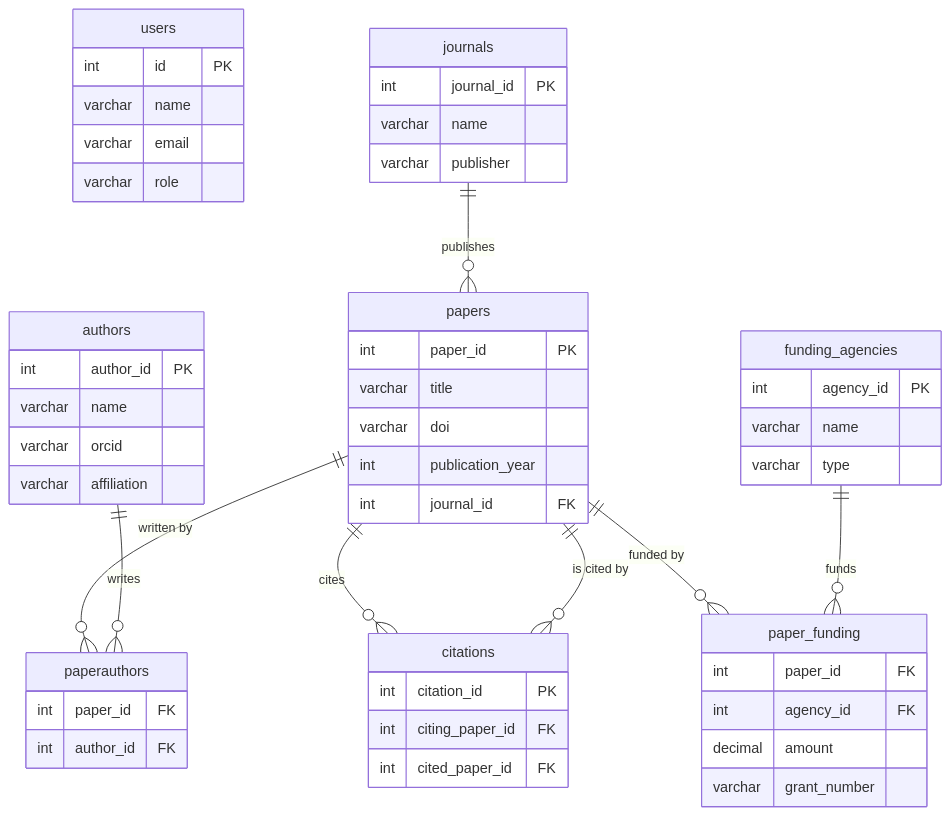
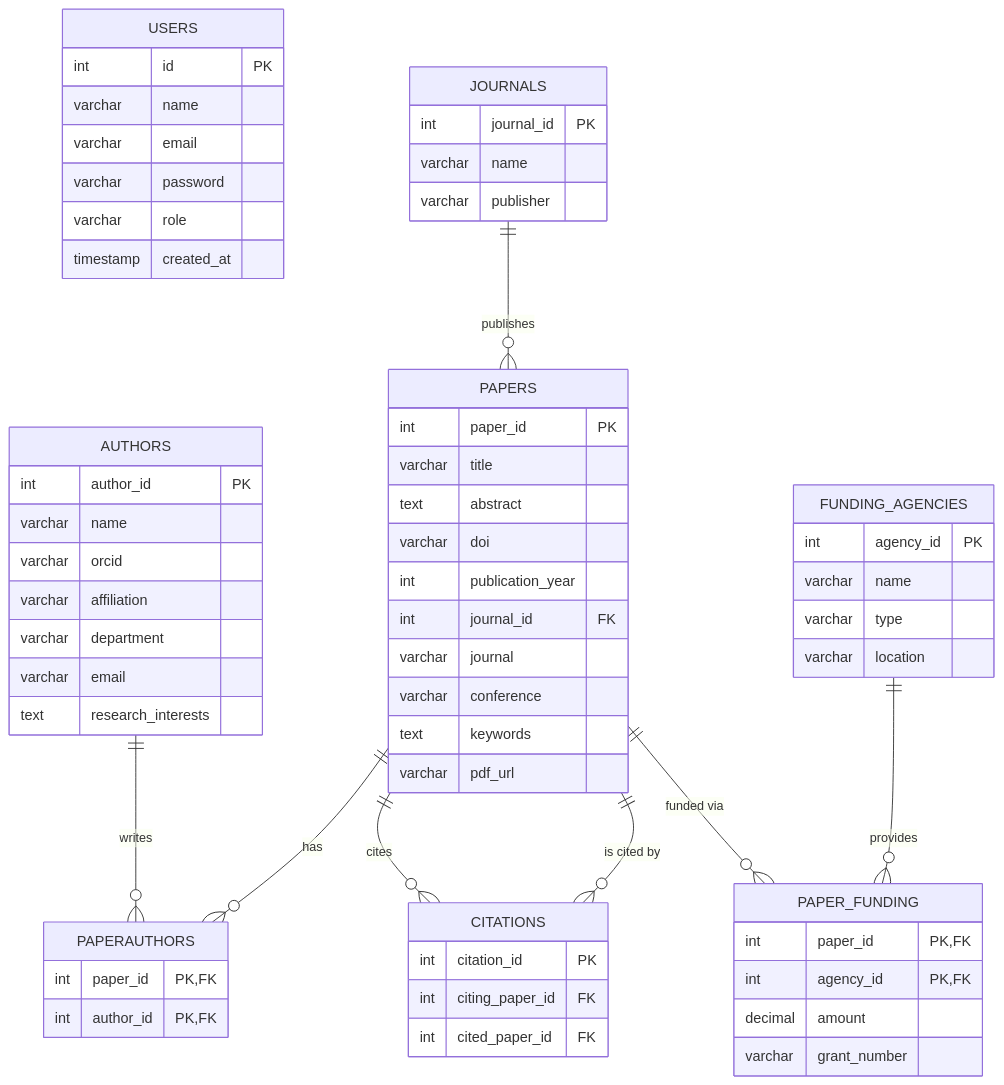
One commit to MRupam202005/Research-Publication-Management-System changed the diagram in README.md. Above: the diagram before and after it, drawn with Mermaid.

````diff
--- a/README.md
+++ b/README.md
@@ -133,62 +132,77 @@
 ```mermaid
 erDiagram
-    users {
+    USERS {
         int id PK
         varchar name
         varchar email
+        varchar password
         varchar role
+        timestamp created_at
     }
-    
-    journals {
+
+    AUTHORS {
+        int author_id PK
+        varchar name
+        varchar orcid
+        varchar affiliation
+        varchar department
+        varchar email
+        text research_interests
+    }
+
+    JOURNALS {
         int journal_id PK
         varchar name
         varchar publisher
     }
 
-    papers {
+    PAPERS {
         int paper_id PK
         varchar title
+        text abstract
         varchar doi
         int publication_year
         int journal_id FK
+        varchar journal
+        varchar conference
+        text keywords
+        varchar pdf_url
     }
 
-    authors {
-        int author_id PK
-        varchar name
-        varchar orcid
-        varchar affiliation
+    PAPERAUTHORS {
+        int paper_id PK,FK
+        int author_id PK,FK
     }
 
-    paperauthors {
-        int paper_id FK
-        int author_id FK
-    }
-
-    citations {
+    CITATIONS {
         int citation_id PK
         int citing_paper_id FK
         int cited_paper_id FK
     }
 
-    funding_agencies {
+    FUNDING_AGENCIES {
         int agency_id PK
         varchar name
         varchar type
+        varchar location
     }
 
-    paper_funding {
-        int paper_id FK
-        int agency_id FK
+    PAPER_FUNDING {
+        int paper_id PK,FK
+        int agency_id PK,FK
         decimal amount
         varchar grant_number
     }
 
-    journals ||--o{ papers : "publishes"
-    papers ||--o{ paperauthors : "written by"
-    authors ||--o{ paperauthors : "writes"
-    papers ||--o{ citations : "cites"
-    papers ||--o{ citations : "is cited by"
-    papers ||--o{ paper_funding : "funded by"
-    funding_agencies ||--o{ paper_funding : "funds"
+    %% Relationships
+    JOURNALS ||--o{ PAPERS : "publishes"
+    
+    PAPERS ||--o{ PAPERAUTHORS : "has"
+    AUTHORS ||--o{ PAPERAUTHORS : "writes"
+    
+    PAPERS ||--o{ CITATIONS : "cites"
+    PAPERS ||--o{ CITATIONS : "is cited by"
+    
+    PAPERS ||--o{ PAPER_FUNDING : "funded via"
+    FUNDING_AGENCIES ||--o{ PAPER_FUNDING : "provides"
 ```
````
